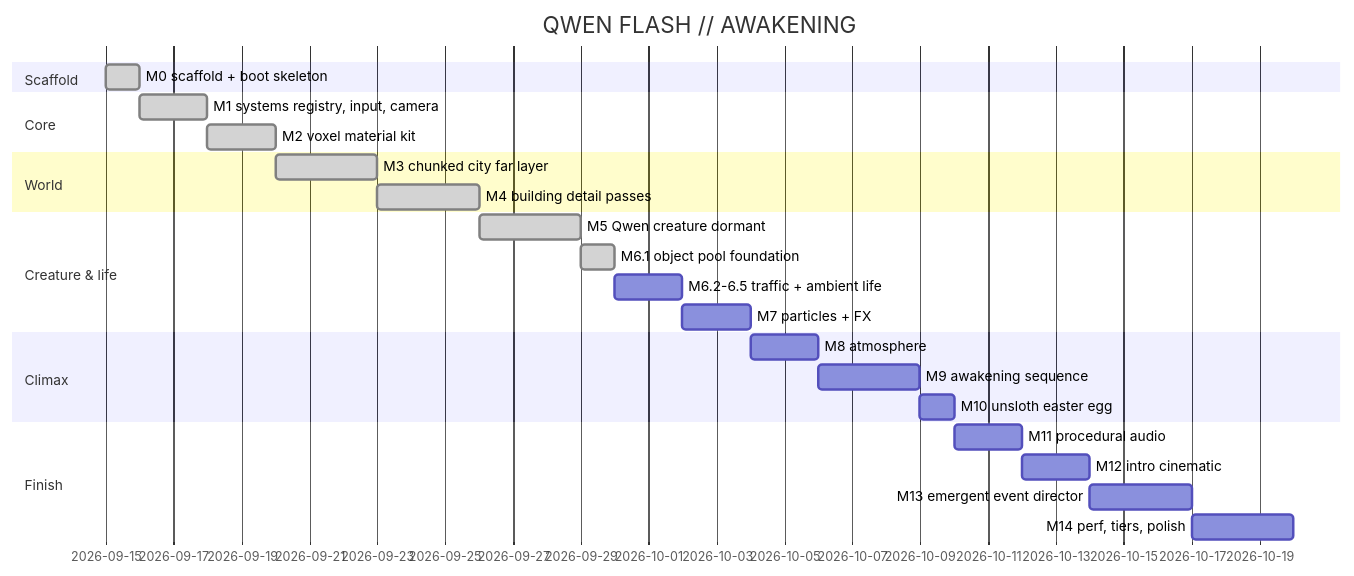
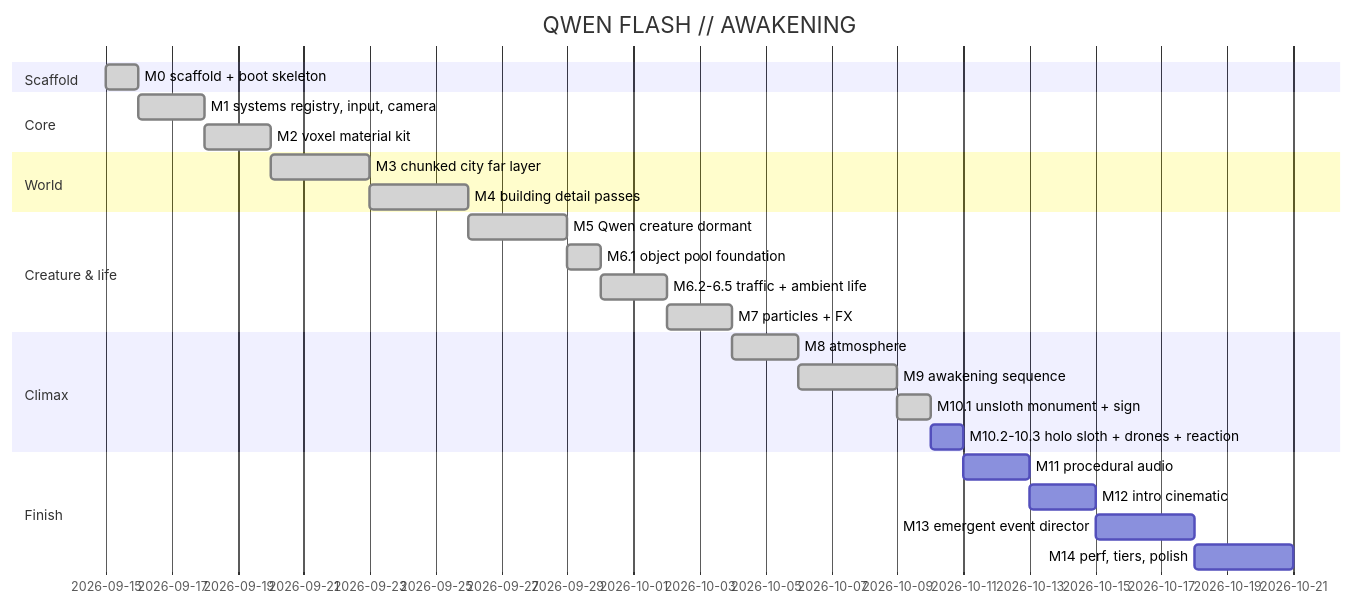
Before and after one commit to dilled/3dVoxelDemo: the diagram in brain/roadmap.md, drawn with Mermaid. The commit also changed other lines of this file, not shown here.

Commit message:
chore(brain): sync through c1db32690edc

````diff
--- a/brain/roadmap.md
+++ b/brain/roadmap.md
@@ -12,27 +12,28 @@
 ```mermaid
 gantt
   title QWEN FLASH // AWAKENING
   dateFormat YYYY-MM-DD
   section Scaffold
   M0 scaffold + boot skeleton :done, m0, 2026-09-15, 1d
   section Core
   M1 systems registry, input, camera :done, m1, after m0, 2d
   M2 voxel material kit :done, m2, after m1, 2d
   section World
   M3 chunked city far layer :done, m3, after m2, 3d
   M4 building detail passes :done, m4, after m3, 3d
   section Creature & life
   M5 Qwen creature dormant :done, m5, after m4, 3d
   M6.1 object pool foundation :done, m61, after m5, 1d
-  M6.2-6.5 traffic + ambient life :m6, after m61, 2d
-  M7 particles + FX :m7, after m6, 2d
+  M6.2-6.5 traffic + ambient life :done, m6, after m61, 2d
+  M7 particles + FX :done, m7, after m6, 2d
   section Climax
-  M8 atmosphere :m8, after m7, 2d
-  M9 awakening sequence :m9, after m8, 3d
-  M10 unsloth easter egg :m10, after m9, 1d
+  M8 atmosphere :done, m8, after m7, 2d
+  M9 awakening sequence :done, m9, after m8, 3d
+  M10.1 unsloth monument + sign :done, m101, after m9, 1d
+  M10.2-10.3 holo sloth + drones + reaction :m10, after m101, 1d
   section Finish
   M11 procedural audio :m11, after m10, 2d
   M12 intro cinematic :m12, after m11, 2d
   M13 emergent event director :m13, after m12, 3d
   M14 perf, tiers, polish :m14, after m13, 3d
 ```
````
